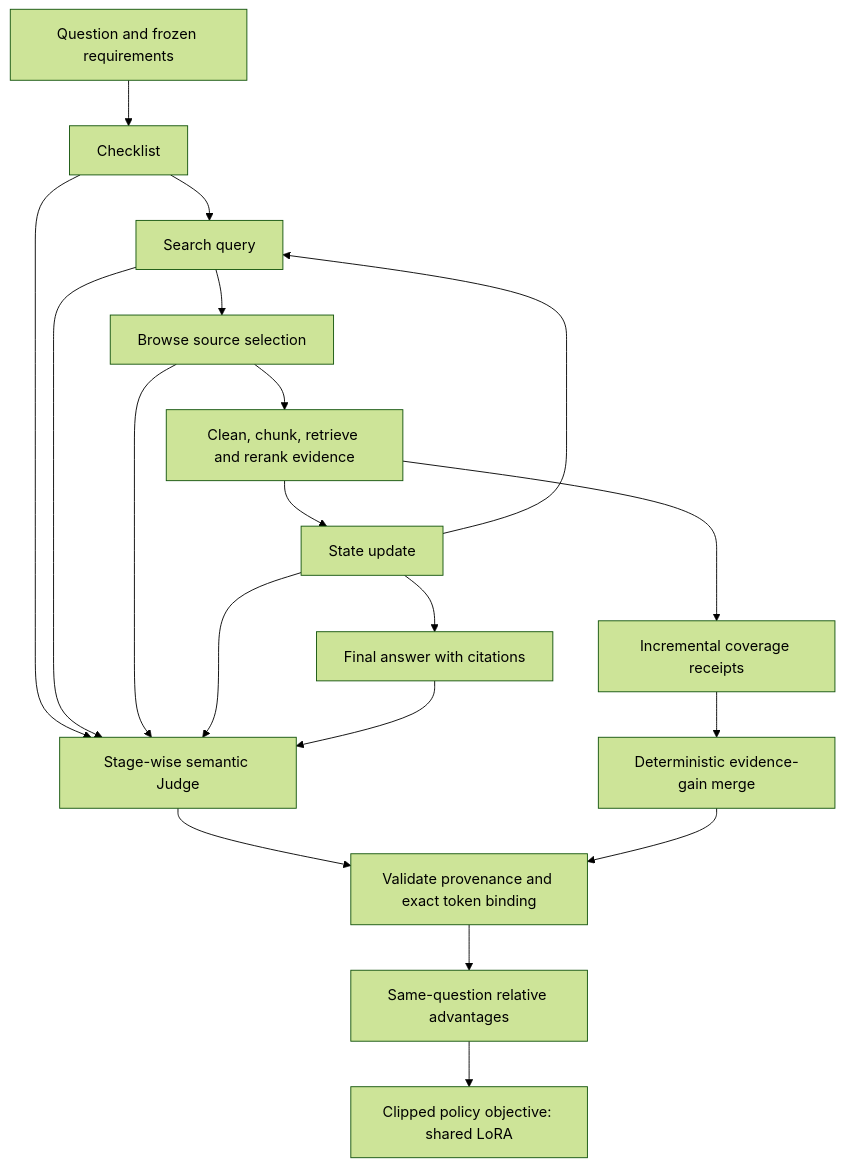
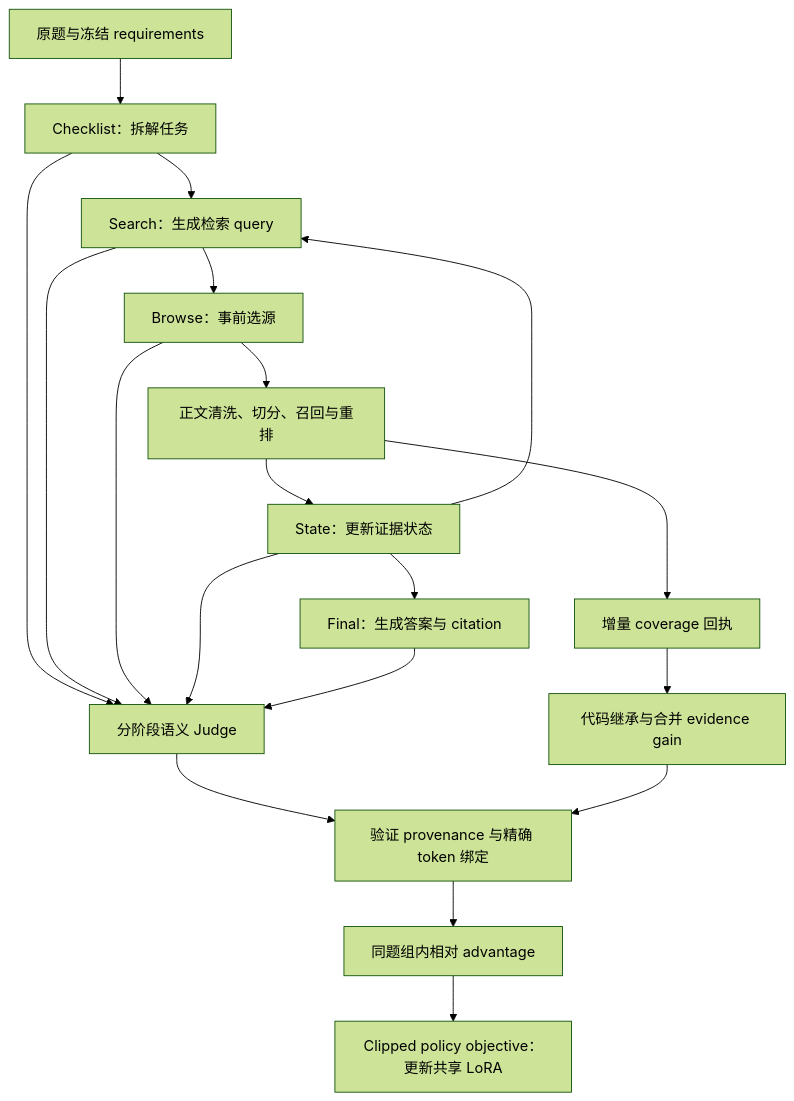
Before and after one commit to MaSunKing/local-dense-grpo-agent: the diagram in README.md, drawn with Mermaid (forest theme). The commit also changed other lines of this file and 6 other files, not shown here.

````diff
--- a/README.md
+++ b/README.md
@@ -9,16 +9,16 @@
 ```mermaid
 flowchart TD
-    Q[Question and frozen requirements] --> C[Checklist]
-    C --> S[Search query]
-    S --> B[Browse source selection]
-    B --> R[Clean, chunk, retrieve and rerank evidence]
-    R --> ST[State update]
+    Q[原题与冻结 requirements] --> C[Checklist：拆解任务]
+    C --> S[Search：生成检索 query]
+    S --> B[Browse：事前选源]
+    B --> R[正文清洗、切分、召回与重排]
+    R --> ST[State：更新证据状态]
     ST --> S
-    ST --> F[Final answer with citations]
-    C & S & B & ST & F --> J[Stage-wise semantic Judge]
-    R --> G[Incremental coverage receipts]
-    G --> M[Deterministic evidence-gain merge]
-    J & M --> V[Validate provenance and exact token binding]
-    V --> A[Same-question relative advantages]
-    A --> L[Clipped policy objective: shared LoRA]
+    ST --> F[Final：生成答案与 citation]
+    C & S & B & ST & F --> J[分阶段语义 Judge]
+    R --> G[增量 coverage 回执]
+    G --> M[代码继承与合并 evidence gain]
+    J & M --> V[验证 provenance 与精确 token 绑定]
+    V --> A[同题组内相对 advantage]
+    A --> L[Clipped policy objective：更新共享 LoRA]
 ```
````
